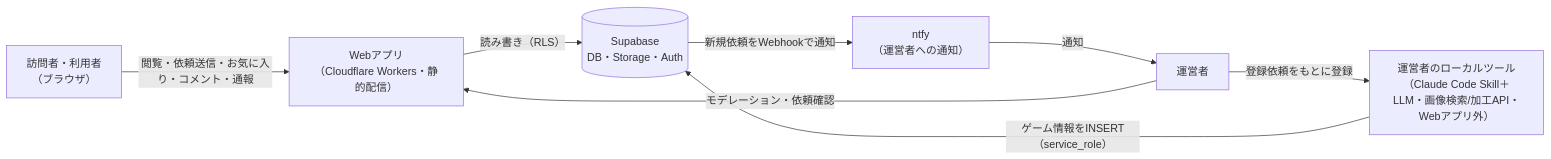
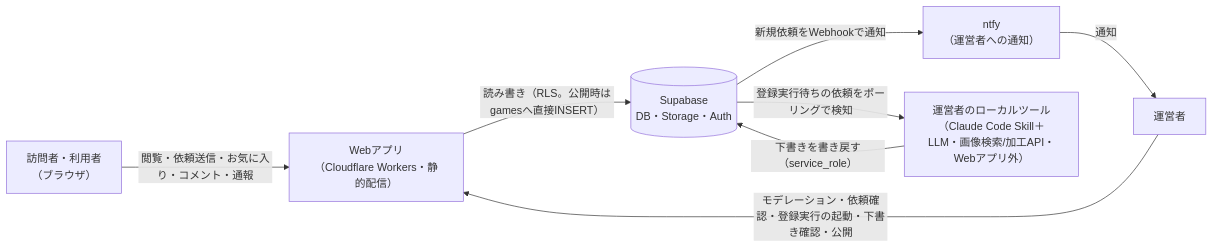
One commit to zakiyama0108/benriyatool changed the first of 6 diagrams in specs/board-game-rules/architecture.md. Above: the diagram before and after it, drawn with Mermaid. The commit also changed other lines of this file and 9 other files, not shown here.

````diff
--- a/specs/board-game-rules/architecture.md
+++ b/specs/board-game-rules/architecture.md
@@ -22,17 +22,17 @@
 ```mermaid
 flowchart LR
     users["訪問者・利用者<br>（ブラウザ）"]
     admin["運営者"]
     webapp["Webアプリ<br>（Cloudflare Workers・静的配信）"]
     supabase[("Supabase<br>DB・Storage・Auth")]
     ntfy["ntfy<br>（運営者への通知）"]
     localTool["運営者のローカルツール<br>（Claude Code Skill＋LLM・画像検索/加工API・Webアプリ外）"]
 
     users -->|閲覧・依頼送信・お気に入り・コメント・通報| webapp
-    admin -->|モデレーション・依頼確認| webapp
-    webapp -->|読み書き（RLS）| supabase
+    admin -->|モデレーション・依頼確認・登録実行の起動・下書き確認・公開| webapp
+    webapp -->|読み書き（RLS。公開時はgamesへ直接INSERT）| supabase
     supabase -->|新規依頼をWebhookで通知| ntfy
     ntfy -->|通知| admin
-    admin -->|登録依頼をもとに登録| localTool
-    localTool -->|ゲーム情報をINSERT（service_role）| supabase
+    supabase -->|登録実行待ちの依頼をポーリングで検知| localTool
+    localTool -->|下書きを書き戻す（service_role）| supabase
 ```
````
